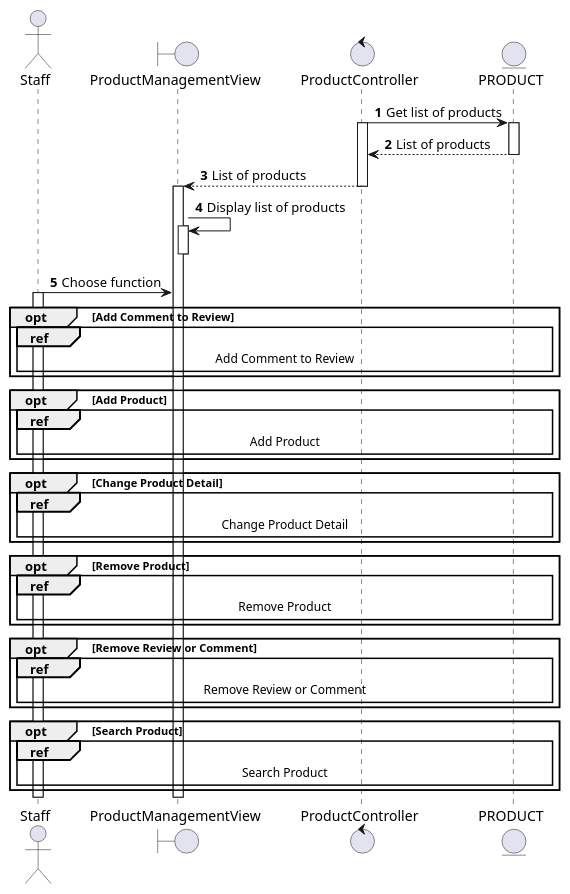
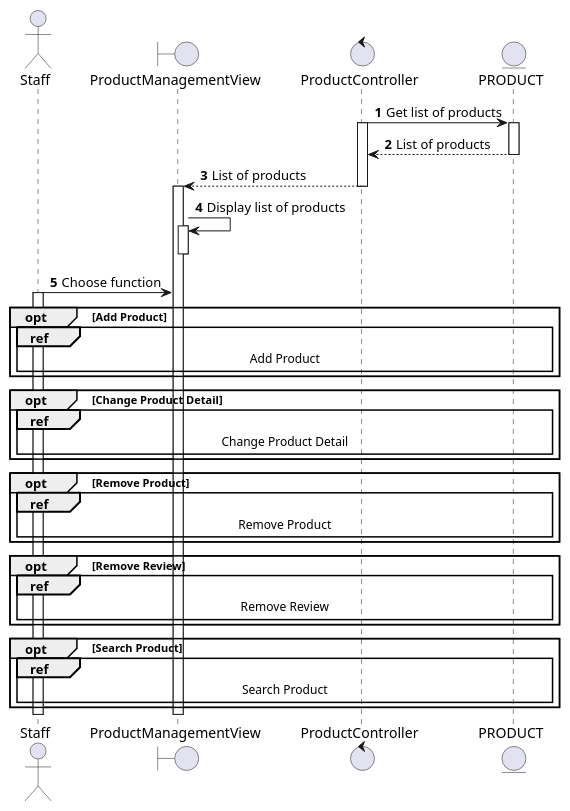
Before and after one commit to electricilies/electricilies.github.io: the diagram in docs/docs/sequence/manage-product/manage-product.md, drawn with PlantUML. The commit also changed 17 other files, not shown here.

Commit message:
feat: remove comment for review

````diff
--- a/docs/docs/sequence/manage-product/manage-product.md
+++ b/docs/docs/sequence/manage-product/manage-product.md
@@ -3,53 +3,49 @@
 ```plantuml
 @startuml
 autonumber
 
 actor Staff as S
 boundary ProductManagementView as PMV
 control ProductController as PC
 entity PRODUCT as P
 
 PC -> P: Get list of products
 activate PC
 activate P
 PC <-- P: List of products
 deactivate P
 PMV <-- PC: List of products
 deactivate PC
 activate PMV
 PMV -> PMV: Display list of products
 activate PMV
 deactivate PMV
 
 S -> PMV: Choose function
 activate S
 
-opt Add Comment to Review
-  ref over S, P: Add Comment to Review
-end
-
 opt Add Product
   ref over S, P: Add Product
 end
 
 opt Change Product Detail
   ref over S, P: Change Product Detail
 end
 
 opt Remove Product
   ref over S, P: Remove Product
 end
 
-opt Remove Review or Comment
-  ref over S, P: Remove Review or Comment
+opt Remove Review
+  ref over S, P: Remove Review
 end
 
 opt Search Product
   ref over S, P: Search Product
 end
 
 deactivate PMV
 deactivate S
 
 @enduml
 ```
````
